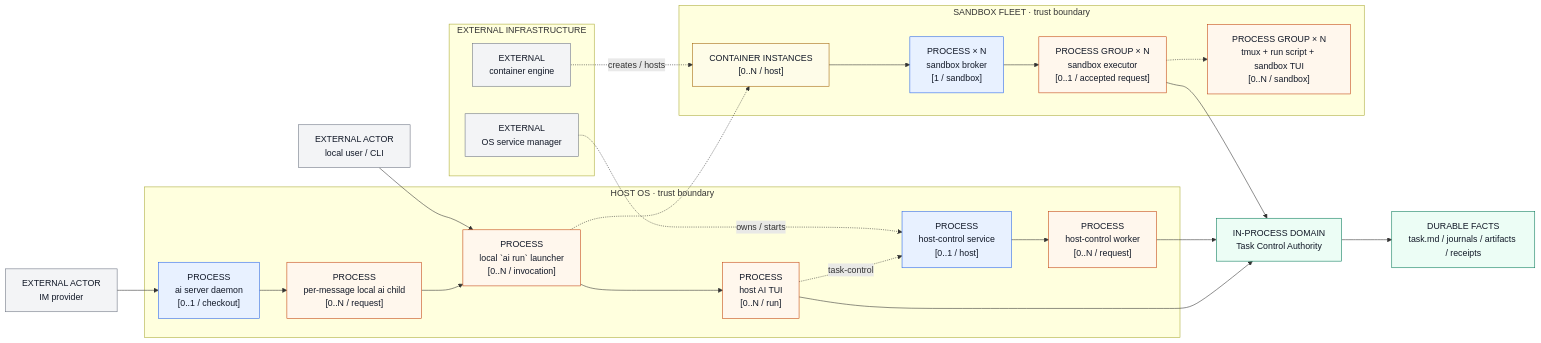
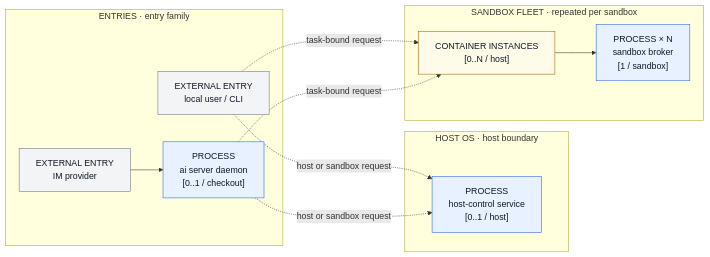
The second of 4 diagrams in docs/en/architecture.md (fitlab-ai/agent-infra), drawn with Mermaid before and after one commit. The commit also changed other lines of this file and 1 other file, not shown here.

Commit message:
docs(architecture): clarify runtime process topology

````diff
--- a/docs/en/architecture.md
+++ b/docs/en/architecture.md
@@ -57,52 +51,28 @@
 ```mermaid
 flowchart LR
   classDef process fill:#e8f1ff,stroke:#2563eb,color:#111827;
-  classDef processGroup fill:#fff7ed,stroke:#c2410c,color:#111827;
-  classDef domain fill:#ecfdf5,stroke:#047857,color:#111827;
   classDef boundary fill:#fefce8,stroke:#a16207,color:#111827;
   classDef external fill:#f3f4f6,stroke:#6b7280,color:#111827;
 
-  IM["EXTERNAL ACTOR<br/>IM provider"]:::external
-  LOCAL["EXTERNAL ACTOR<br/>local user / CLI"]:::external
-
-  subgraph H["HOST OS · trust boundary"]
+  subgraph I["ENTRIES · entry family"]
+    CLI["EXTERNAL ENTRY<br/>local user / CLI"]:::external
+    IM["EXTERNAL ENTRY<br/>IM provider"]:::external
     D["PROCESS<br/>ai server daemon<br/>[0..1 / checkout]"]:::process
-    C["PROCESS<br/>per-message local ai child<br/>[0..N / request]"]:::processGroup
-    L["PROCESS<br/>local `ai run` launcher<br/>[0..N / invocation]"]:::processGroup
-    HT["PROCESS<br/>host AI TUI<br/>[0..N / run]"]:::processGroup
-    HC["PROCESS<br/>host-control service<br/>[0..1 / host]"]:::process
-    HW["PROCESS<br/>host-control worker<br/>[0..N / request]"]:::processGroup
+    IM --> D
   end
 
-  subgraph F["SANDBOX FLEET · trust boundary"]
-    SF["CONTAINER INSTANCES<br/>[0..N / host]"]:::boundary
-    B["PROCESS × N<br/>sandbox broker<br/>[1 / sandbox]"]:::process
-    E["PROCESS GROUP × N<br/>sandbox executor<br/>[0..1 / accepted request]"]:::processGroup
-    R["PROCESS GROUP × N<br/>tmux + run script + sandbox TUI<br/>[0..N / sandbox]"]:::processGroup
+  subgraph H["HOST OS · host boundary"]
+    HC["PROCESS<br/>host-control service<br/>[0..1 / host]"]:::process
   end
 
-  subgraph X["EXTERNAL INFRASTRUCTURE"]
-    ENG["EXTERNAL<br/>container engine"]:::external
-    SM["EXTERNAL<br/>OS service manager"]:::external
+  subgraph F["SANDBOX FLEET · repeated per sandbox"]
+    C["CONTAINER INSTANCES<br/>[0..N / host]"]:::boundary
+    B["PROCESS × N<br/>sandbox broker<br/>[1 / sandbox]"]:::process
+    C --> B
   end
 
-  TA["IN-PROCESS DOMAIN<br/>Task Control Authority"]:::domain
-  STATE["DURABLE FACTS<br/>task.md / journals / artifacts / receipts"]:::domain
-
-  IM --> D
-  LOCAL --> L
-  D --> C --> L
-  L --> HT
-  L -.-> SF
-  SF --> B
-  B --> E
-  E -.-> R
-  SM -. owns / starts .-> HC
-  HC --> HW
-  ENG -. creates / hosts .-> SF
-  HT -. task-control .-> HC
-  HW --> TA
-  HT --> TA
-  E --> TA
-  TA --> STATE
+  CLI -. host or sandbox request .-> HC
+  D -. host or sandbox request .-> HC
+  CLI -. task-bound request .-> C
+  D -. task-bound request .-> C
 ```
````
